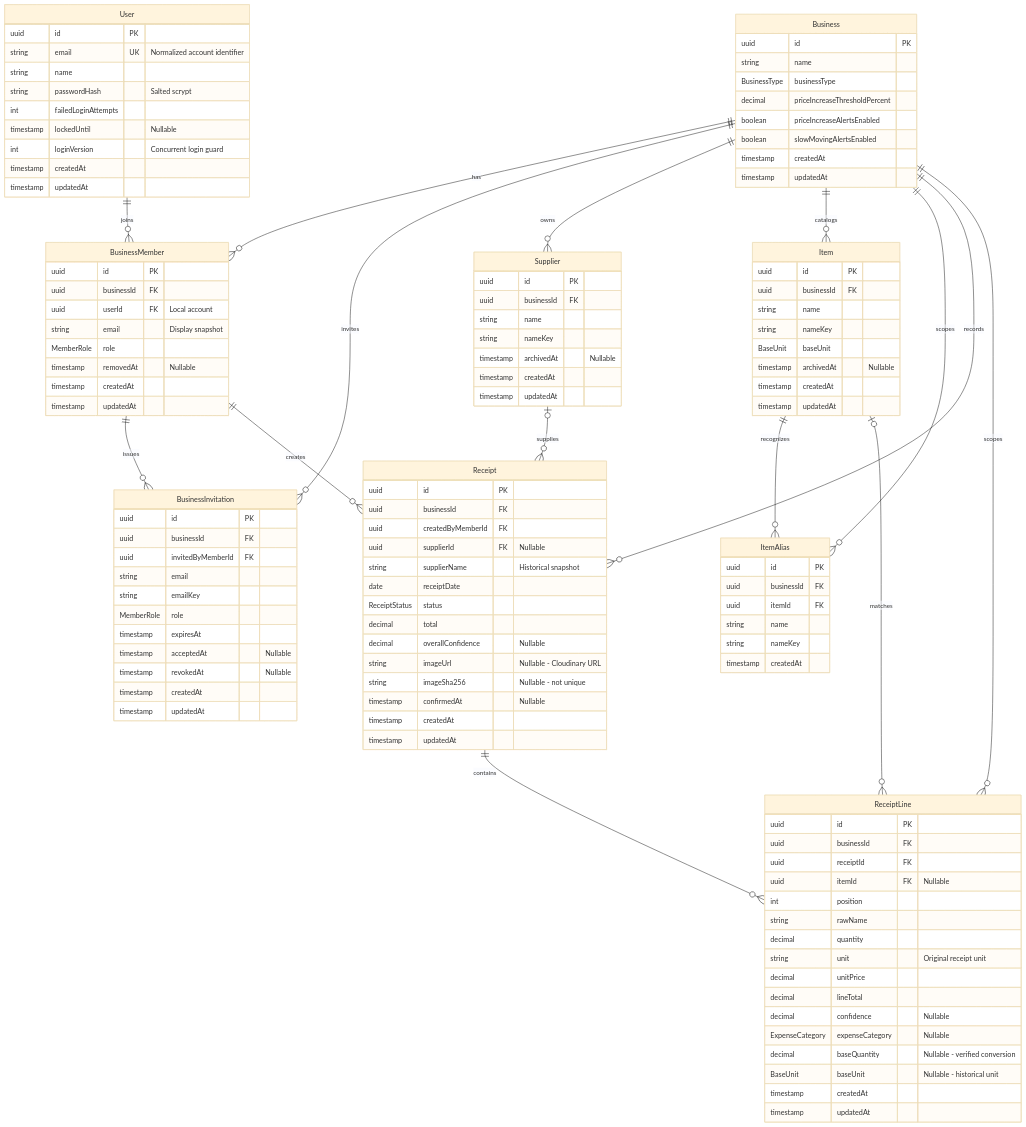
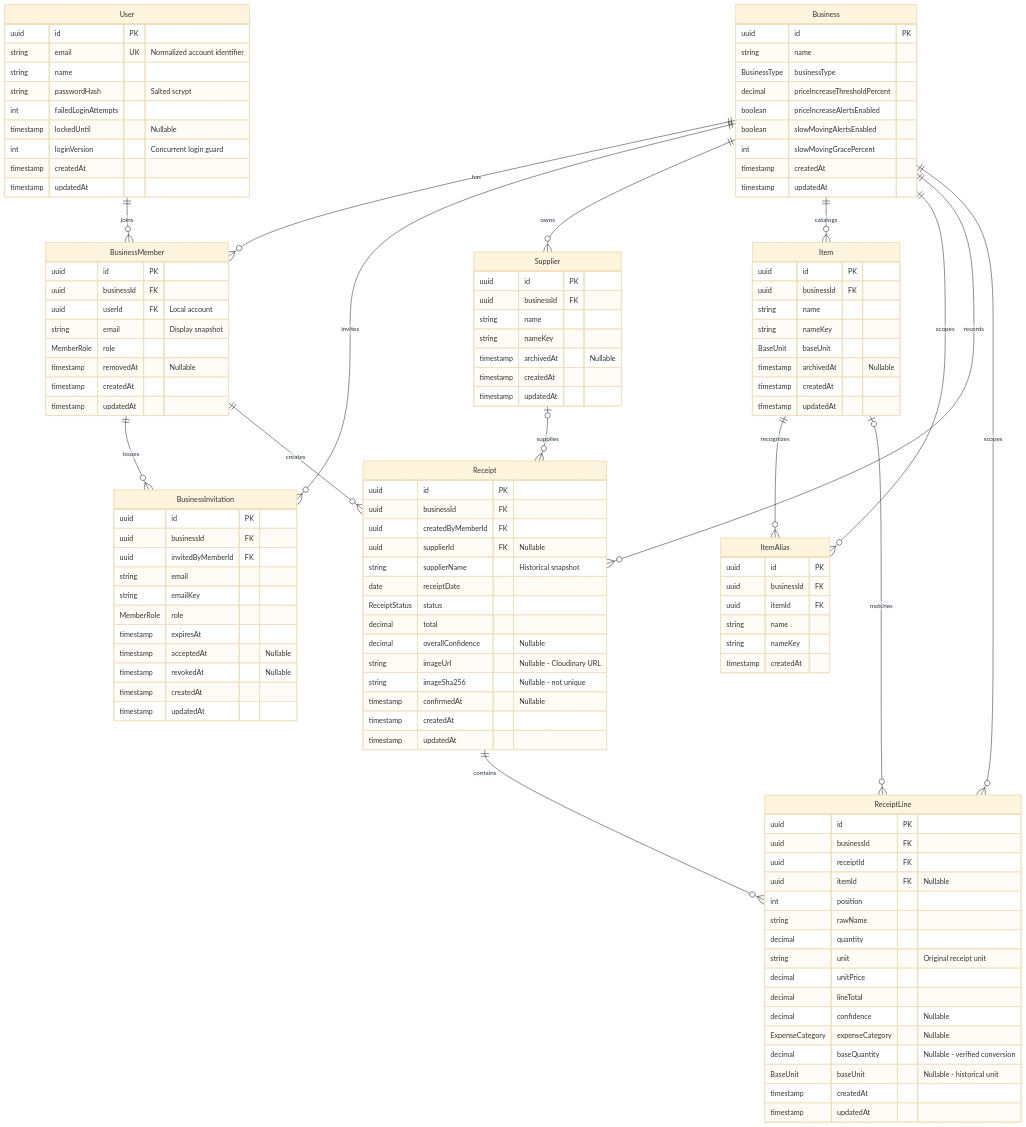
One commit to tingclarice/onyxa changed the diagram in prisma/database-schema.mmd. Above: the diagram before and after it, drawn with Mermaid (base theme). The commit also changed 50 other files, not shown here.

```diff
--- a/prisma/database-schema.mmd
+++ b/prisma/database-schema.mmd
@@ -1,121 +1,122 @@
 erDiagram
     User ||--o{ BusinessMember : joins
     Business ||--o{ BusinessMember : has
     Business ||--o{ BusinessInvitation : invites
     Business ||--o{ Supplier : owns
     Business ||--o{ Item : catalogs
     Business ||--o{ ItemAlias : scopes
     Business ||--o{ Receipt : records
     Business ||--o{ ReceiptLine : scopes
     BusinessMember ||--o{ BusinessInvitation : issues
     BusinessMember ||--o{ Receipt : creates
     Supplier |o--o{ Receipt : supplies
     Item ||--o{ ItemAlias : recognizes
     Item |o--o{ ReceiptLine : matches
     Receipt ||--o{ ReceiptLine : contains
 
     User {
         uuid id PK
         string email UK "Normalized account identifier"
         string name
         string passwordHash "Salted scrypt"
         int failedLoginAttempts
         timestamp lockedUntil "Nullable"
         int loginVersion "Concurrent login guard"
         timestamp createdAt
         timestamp updatedAt
     }
     Business {
         uuid id PK
         string name
         BusinessType businessType
         decimal priceIncreaseThresholdPercent
         boolean priceIncreaseAlertsEnabled
         boolean slowMovingAlertsEnabled
+        int slowMovingGracePercent
         timestamp createdAt
         timestamp updatedAt
     }
     BusinessMember {
         uuid id PK
         uuid businessId FK
         uuid userId FK "Local account"
         string email "Display snapshot"
         MemberRole role
         timestamp removedAt "Nullable"
         timestamp createdAt
         timestamp updatedAt
     }
     BusinessInvitation {
         uuid id PK
         uuid businessId FK
         uuid invitedByMemberId FK
         string email
         string emailKey
         MemberRole role
         timestamp expiresAt
         timestamp acceptedAt "Nullable"
         timestamp revokedAt "Nullable"
         timestamp createdAt
         timestamp updatedAt
     }
     Supplier {
         uuid id PK
         uuid businessId FK
         string name
         string nameKey
         timestamp archivedAt "Nullable"
         timestamp createdAt
         timestamp updatedAt
     }
     Item {
         uuid id PK
         uuid businessId FK
         string name
         string nameKey
         BaseUnit baseUnit
         timestamp archivedAt "Nullable"
         timestamp createdAt
         timestamp updatedAt
     }
     ItemAlias {
         uuid id PK
         uuid businessId FK
         uuid itemId FK
         string name
         string nameKey
         timestamp createdAt
     }
     Receipt {
         uuid id PK
         uuid businessId FK
         uuid createdByMemberId FK
         uuid supplierId FK "Nullable"
         string supplierName "Historical snapshot"
         date receiptDate
         ReceiptStatus status
         decimal total
         decimal overallConfidence "Nullable"
         string imageUrl "Nullable - Cloudinary URL"
         string imageSha256 "Nullable - not unique"
         timestamp confirmedAt "Nullable"
         timestamp createdAt
         timestamp updatedAt
     }
     ReceiptLine {
         uuid id PK
         uuid businessId FK
         uuid receiptId FK
         uuid itemId FK "Nullable"
         int position
         string rawName
         decimal quantity
         string unit "Original receipt unit"
         decimal unitPrice
         decimal lineTotal
         decimal confidence "Nullable"
         ExpenseCategory expenseCategory "Nullable"
         decimal baseQuantity "Nullable - verified conversion"
         BaseUnit baseUnit "Nullable - historical unit"
         timestamp createdAt
         timestamp updatedAt
     }
```
